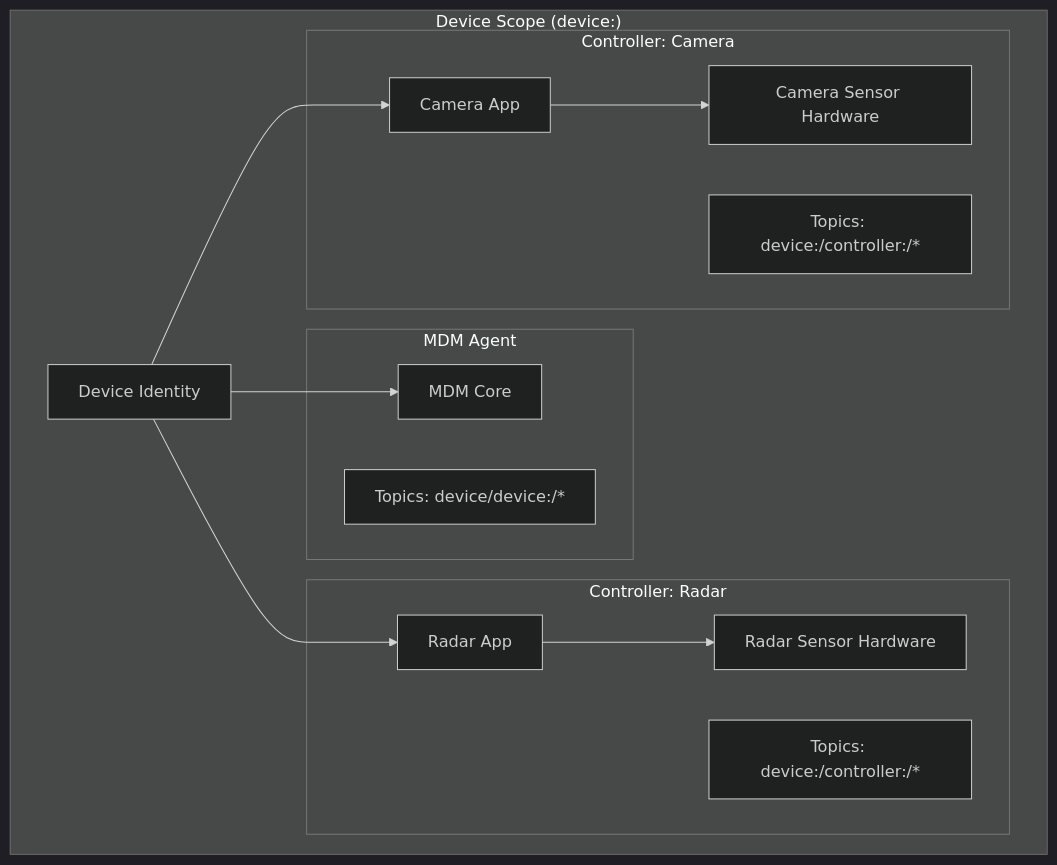
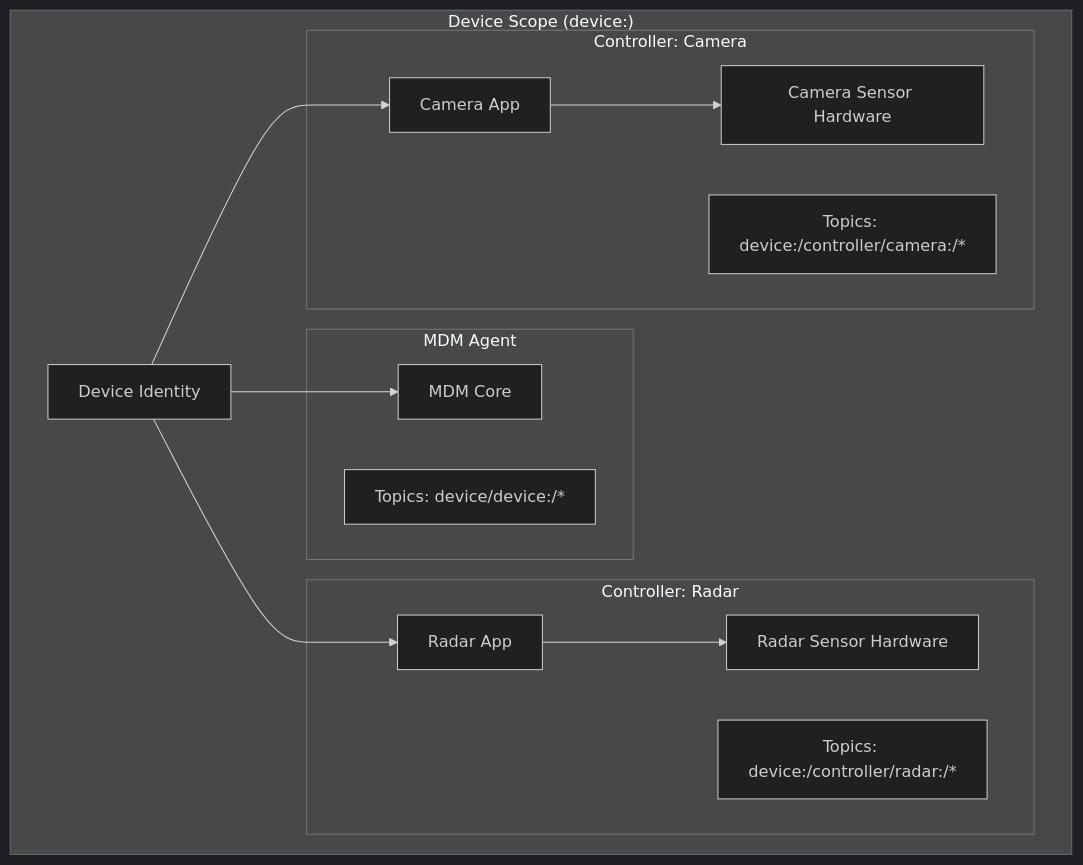
The first of 5 diagrams in docs/architecture/device/mqtt/controllers/CONTROLLER.md (Tis1201/data_fs04), drawn with Mermaid (dark theme) before and after one commit. The commit also changed other lines of this file and 8 other files, not shown here.

Commit message:
feat: generalize radar sensors to controllers and sensors with typed MQTT topics and updated admin UI

````diff
--- a/docs/architecture/device/mqtt/controllers/CONTROLLER.md
+++ b/docs/architecture/device/mqtt/controllers/CONTROLLER.md
@@ -11,29 +11,29 @@
 ```mermaid
 graph TD
     subgraph "Device Scope (device:<deviceId>)"
         D[Device Identity]
         
         subgraph "MDM Agent"
             MDM[MDM Core]
             MDM_T["Topics: device/device:<deviceId>/*"]
         end
         
         subgraph "Controller: Radar"
             RC[Radar App]
-            RC_T["Topics: device:<deviceId>/controller:<controllerId>/*"]
+            RC_T["Topics: device:<deviceId>/controller/radar:<controllerId>/*"]
             RS[Radar Sensor Hardware]
             RC --> RS
         end
         
         subgraph "Controller: Camera"
             CC[Camera App]
-            CC_T["Topics: device:<deviceId>/controller:<controllerId>/*"]
+            CC_T["Topics: device:<deviceId>/controller/camera:<controllerId>/*"]
             CS[Camera Sensor Hardware]
             CC --> CS
         end
         
         D --> MDM
         D --> RC
         D --> CC
     end
 ```
````
